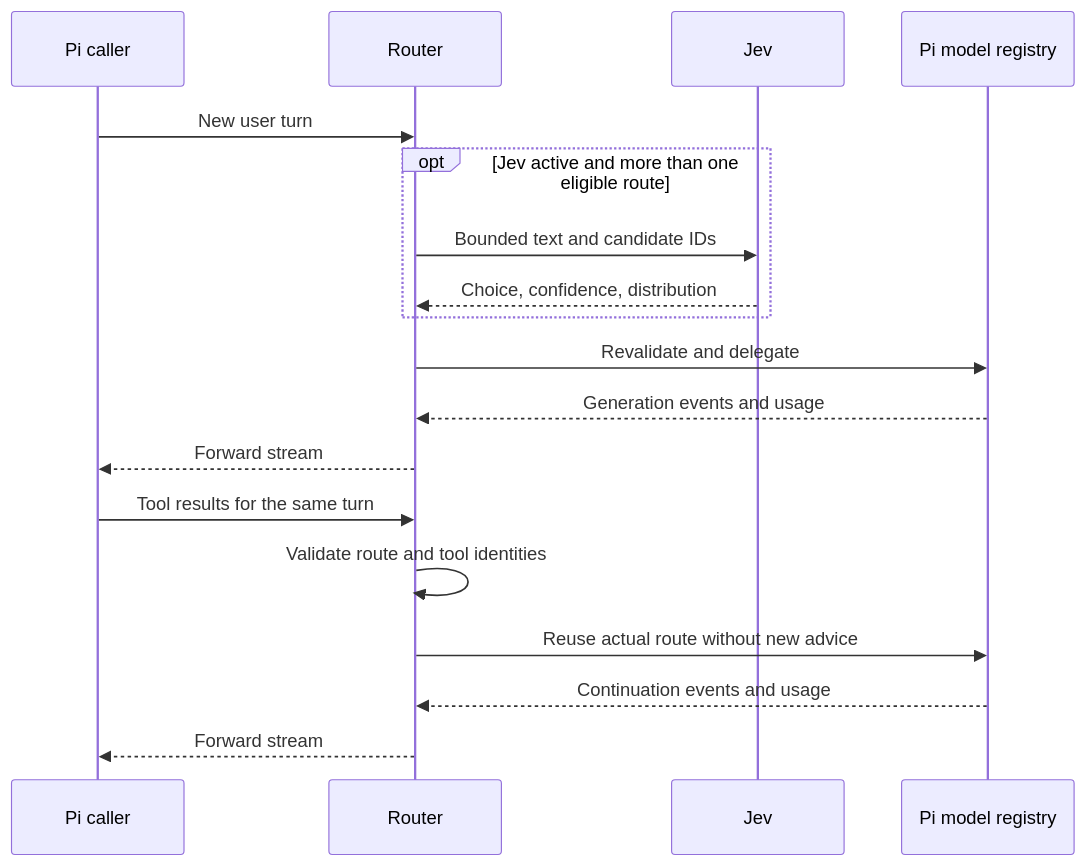
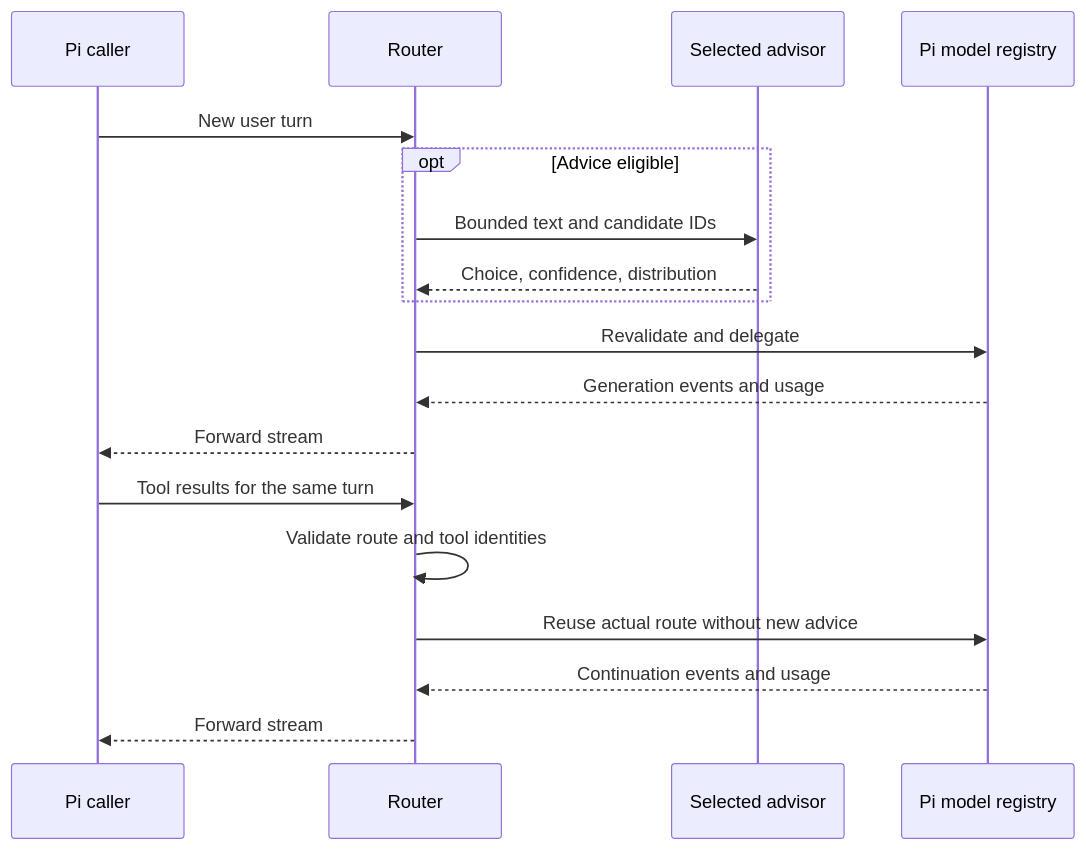
The third of 3 diagrams in docs/architecture.md (alexei-led/pi-model-router), drawn with Mermaid before and after one commit. The commit also changed other lines of this file and 43 other files, not shown here.

````diff
--- a/docs/architecture.md
+++ b/docs/architecture.md
@@ -108,20 +112,20 @@
 ```mermaid
 sequenceDiagram
     participant Pi as Pi caller
     participant R as Router
-    participant J as Jev
+    participant J as Selected advisor
     participant M as Pi model registry
     Pi->>R: New user turn
-    opt Jev active and more than one eligible route
+    opt Advice eligible
         R->>J: Bounded text and candidate IDs
         J-->>R: Choice, confidence, distribution
     end
     R->>M: Revalidate and delegate
     M-->>R: Generation events and usage
     R-->>Pi: Forward stream
     Pi->>R: Tool results for the same turn
     R->>R: Validate route and tool identities
     R->>M: Reuse actual route without new advice
     M-->>R: Continuation events and usage
     R-->>Pi: Forward stream
 ```
````
